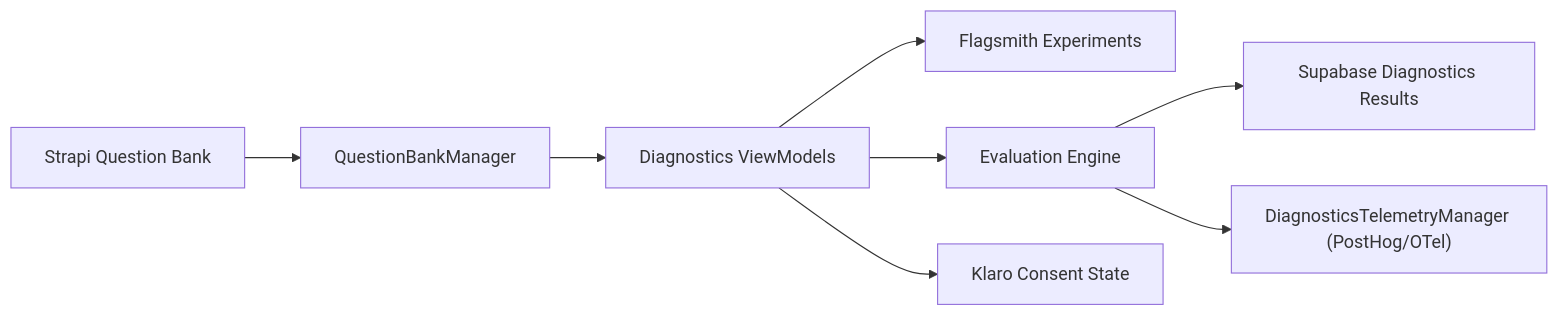
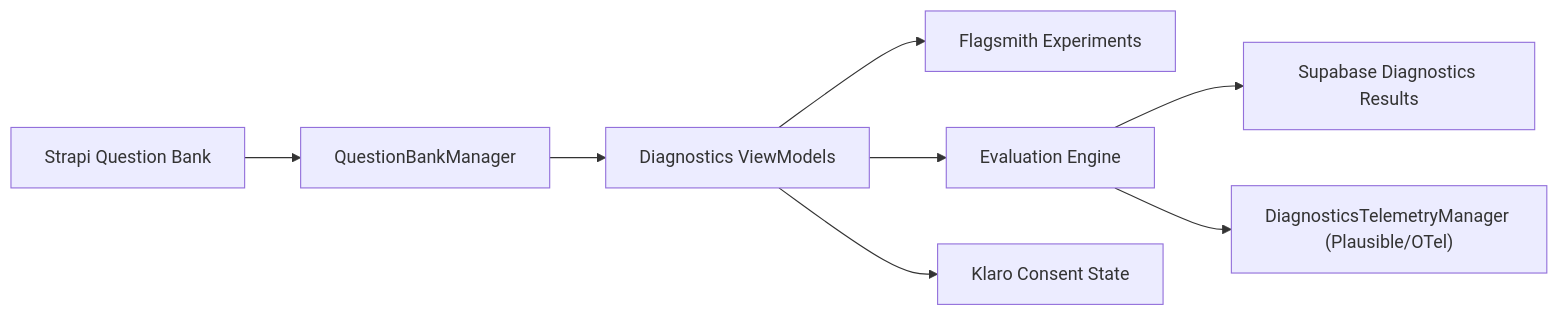
The diagram in docs/diagrams/adr-021-diagnostics-platform/architecture-overview.mmd (marcelkenner/clarivum), drawn with Mermaid before and after one commit. The commit also changed 64 other files, not shown here.

````diff
--- a/docs/diagrams/adr-021-diagnostics-platform/architecture-overview.mmd
+++ b/docs/diagrams/adr-021-diagnostics-platform/architecture-overview.mmd
@@ -1,10 +1,10 @@
 ```mermaid
 flowchart LR
     StrapiQuestions["Strapi Question Bank"] --> QuestionManager["QuestionBankManager"]
     QuestionManager --> Presentation["Diagnostics ViewModels"]
     Presentation --> Flagsmith["Flagsmith Experiments"]
     Presentation --> EvaluationEngine["Evaluation Engine"]
     EvaluationEngine --> SupabaseResults["Supabase Diagnostics Results"]
-    EvaluationEngine --> Telemetry["DiagnosticsTelemetryManager (PostHog/OTel)"]
+    EvaluationEngine --> Telemetry["DiagnosticsTelemetryManager (Plausible/OTel)"]
     Presentation --> Consent["Klaro Consent State"]
 ```
````
